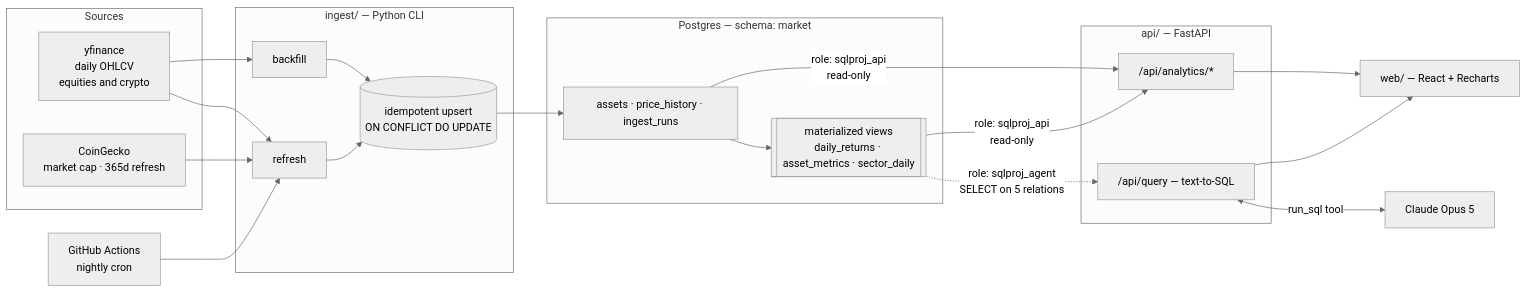
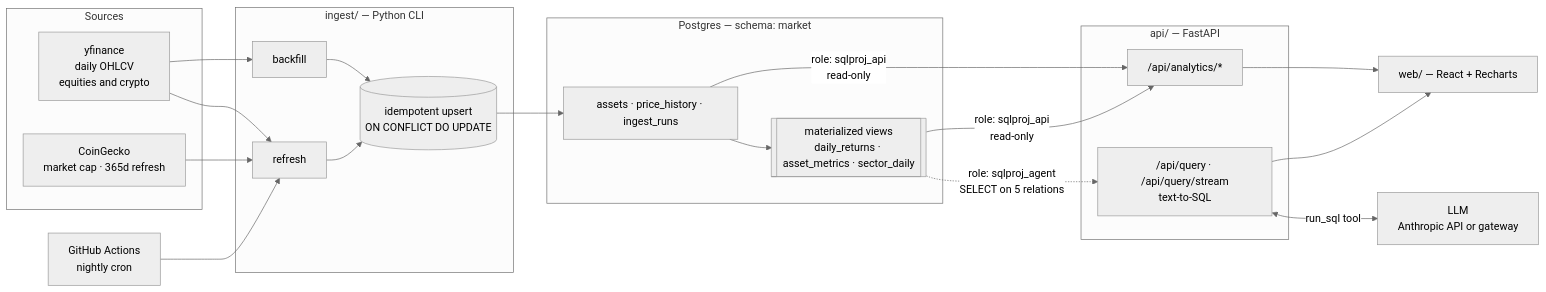
One commit to SuneethJerri/tickerql changed the diagram in README.md. Above: the diagram before and after it, drawn with Mermaid (neutral theme). The commit also changed other lines of this file and 7 other files, not shown here.

````diff
--- a/README.md
+++ b/README.md
@@ -15,35 +21,35 @@
 ```mermaid
 flowchart LR
   subgraph Sources
     YF["yfinance<br/>daily OHLCV<br/>equities and crypto"]
     CG["CoinGecko<br/>market cap · 365d refresh"]
   end
 
   subgraph Ingest["ingest/ — Python CLI"]
     BF[backfill] --> UPS[("idempotent upsert<br/>ON CONFLICT DO UPDATE")]
     RF[refresh] --> UPS
   end
 
   subgraph DB["Postgres — schema: market"]
     T["assets · price_history · ingest_runs"]
     MV[["materialized views<br/>daily_returns · asset_metrics · sector_daily"]]
   end
 
   subgraph API["api/ — FastAPI"]
     AN["/api/analytics/*"]
-    AG["/api/query — text-to-SQL"]
+    AG["/api/query · /api/query/stream<br/>text-to-SQL"]
   end
 
   WEB["web/ — React + Recharts"]
-  CLAUDE["Claude Opus 5"]
+  CLAUDE["LLM<br/>Anthropic API or gateway"]
   GHA["GitHub Actions<br/>nightly cron"]
 
   YF --> BF & RF
   CG --> RF
   UPS --> T --> MV
   T & MV -->|"role: sqlproj_api<br/>read-only"| AN
   MV -.->|"role: sqlproj_agent<br/>SELECT on 5 relations"| AG
   AG <-->|run_sql tool| CLAUDE
   AN & AG --> WEB
   GHA --> RF
 ```
````
